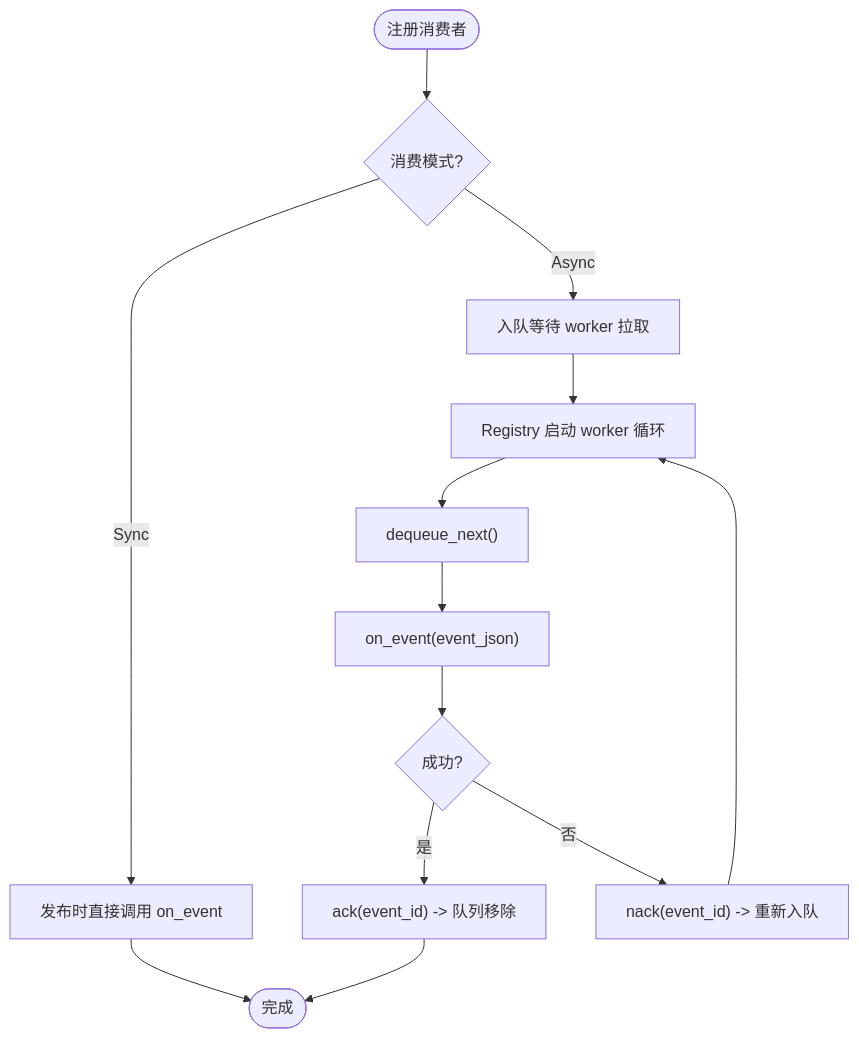
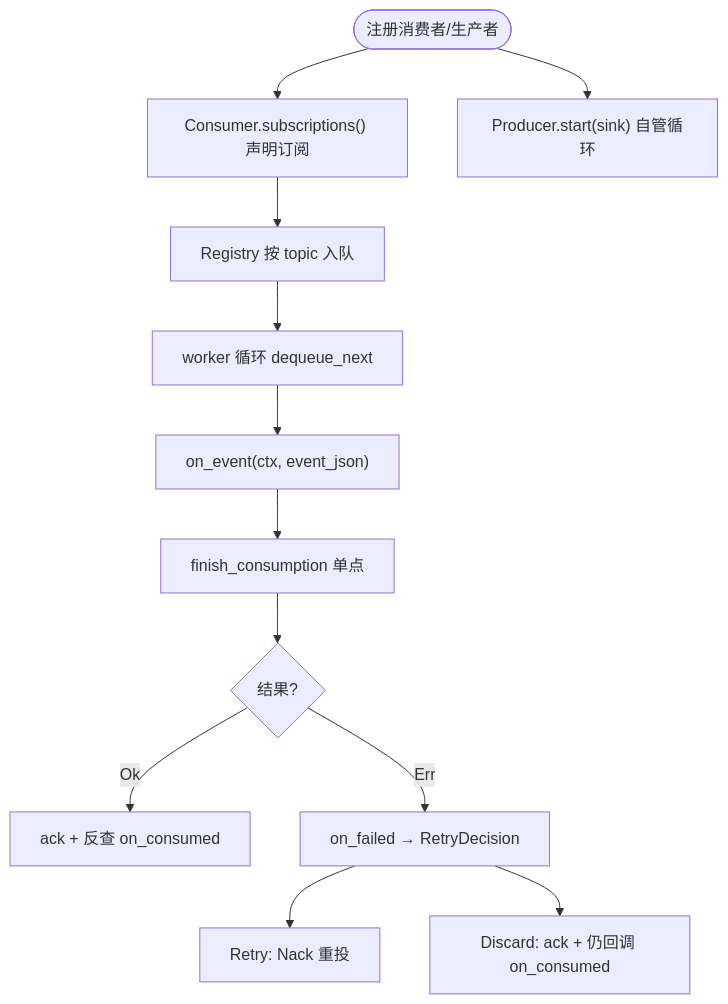
One commit to runningcoders/ai_orz changed the fourth of 7 diagrams in docs/wiki/zh/content/核心模块/AOP 事件系统/核心概念与架构.md. Above: the diagram before and after it, drawn with Mermaid. The commit also changed other lines of this file and 37 other files, not shown here.

````diff
--- a/docs/wiki/zh/content/核心模块/AOP 事件系统/核心概念与架构.md
+++ b/docs/wiki/zh/content/核心模块/AOP 事件系统/核心概念与架构.md
@@ -208,15 +212,14 @@
 ```mermaid
-flowchart TD
-Start(["注册消费者"]) --> Mode{"消费模式?"}
-Mode --> |Sync| SyncPath["发布时直接调用 on_event"]
-Mode --> |Async| AsyncPath["入队等待 worker 拉取"]
-SyncPath --> Done(["完成"])
-AsyncPath --> Worker["Registry 启动 worker 循环"]
-Worker --> Dequeue["dequeue_next()"]
-Dequeue --> OnEvent["on_event(event_json)"]
-OnEvent --> Result{"成功?"}
-Result --> |是| Ack["ack(event_id) -> 队列移除"]
-Result --> |否| Nack["nack(event_id) -> 重新入队"]
-Ack --> Done
-Nack --> Worker
+graph TB
+Start(["注册消费者/生产者"]) --> Sub["Consumer.subscriptions() 声明订阅"]
+Start --> Prod["Producer.start(sink) 自管循环"]
+Sub --> Route["Registry 按 topic 入队"]
+Route --> Worker["worker 循环 dequeue_next"]
+Worker --> OnEvent["on_event(ctx, event_json)"]
+OnEvent --> FC["finish_consumption 单点"]
+FC --> Decide{"结果?"}
+Decide --> |Ok| Ack["ack + 反查 on_consumed"]
+Decide --> |Err| RD["on_failed → RetryDecision"]
+RD --> Retry["Retry: Nack 重投"]
+RD --> Discard["Discard: ack + 仍回调 on_consumed"]
 ```
````
